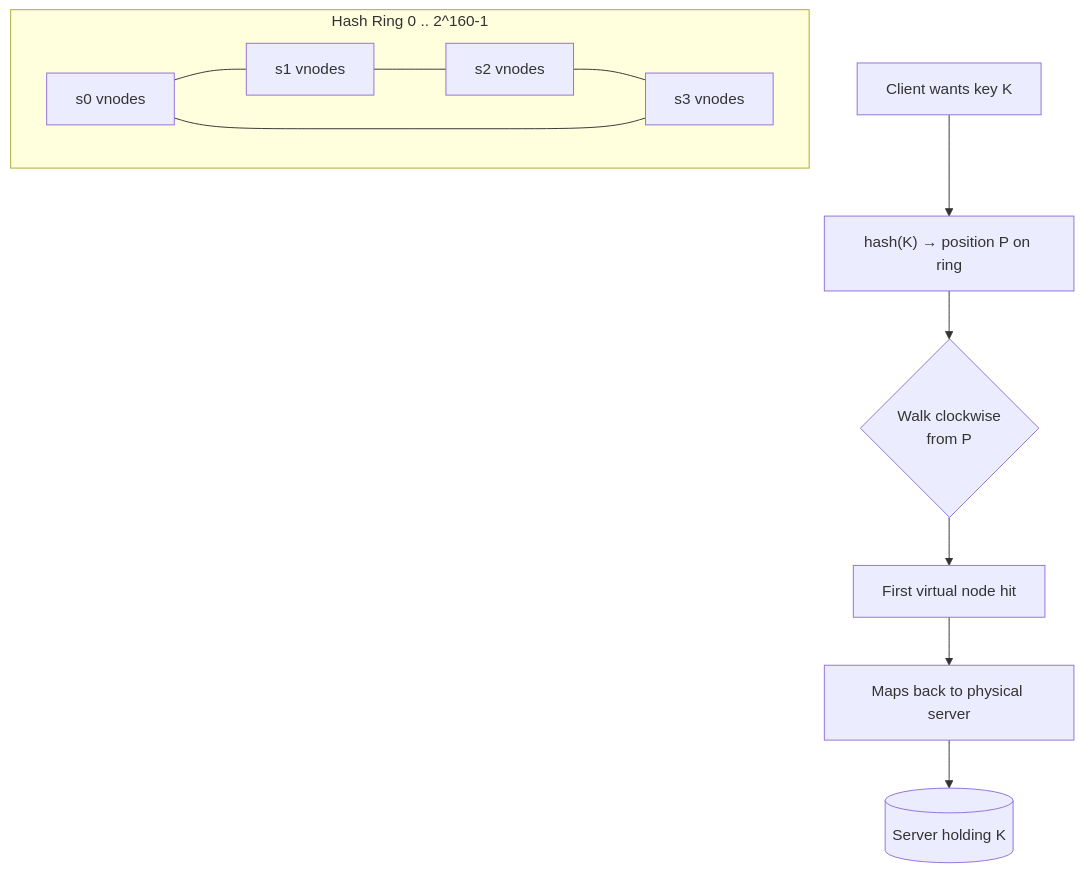
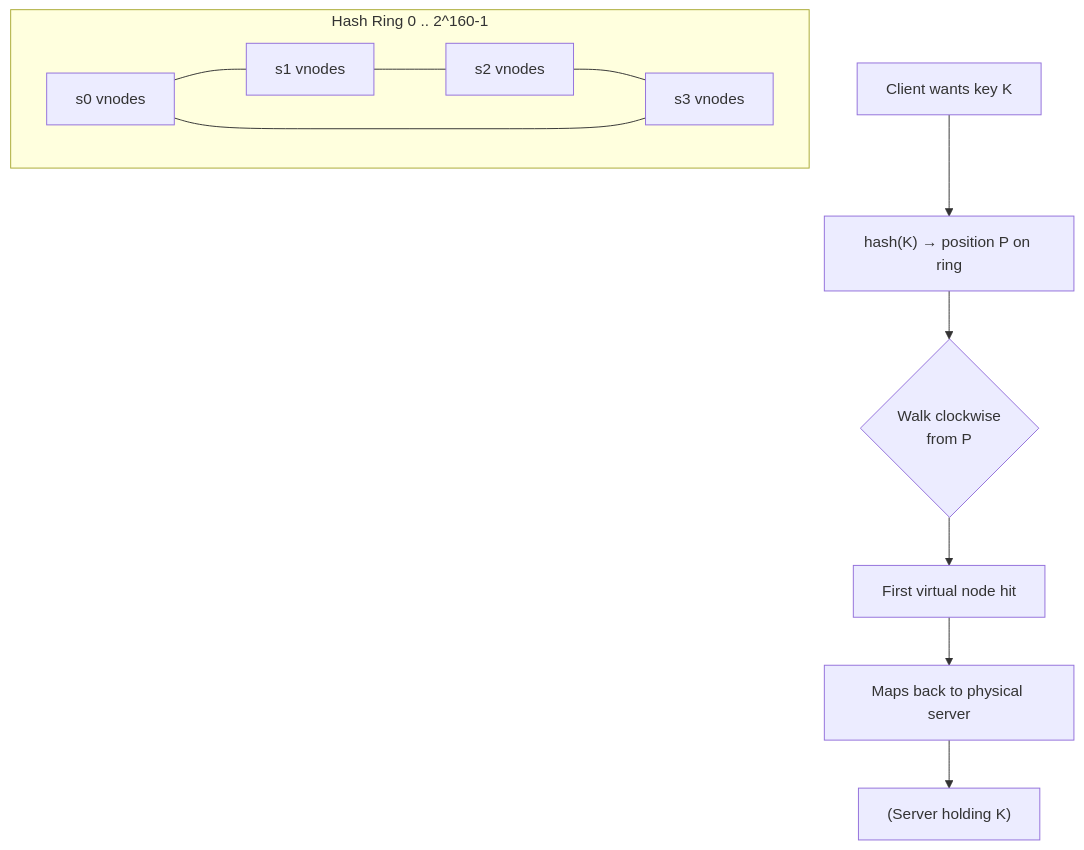
Before and after one commit to pankajThakur1874/studysheet: the first of 4 diagrams in files/System-Design-Questions/18-consistent_hashing_system_design.md, drawn with Mermaid. The commit also changed 102 other files, not shown here.

Commit message:
Auto-fix Mermaid diagram syntax across all study guides to prevent Syntax Error in Mermaid v10

````diff
--- a/files/System-Design-Questions/18-consistent_hashing_system_design.md
+++ b/files/System-Design-Questions/18-consistent_hashing_system_design.md
@@ -150,13 +150,13 @@
 ```mermaid
 flowchart TD
     C[Client wants key K] --> H["hash(K) → position P on ring"]
-    H --> R{Walk clockwise<br/>from P}
+    H --> R{"Walk clockwise<br/>from P"}
     R --> VN[First virtual node hit]
     VN --> PS[Maps back to physical server]
-    PS --> DATA[(Server holding K)]
+    PS --> DATA["(Server holding K)"]
 
     subgraph Ring [Hash Ring 0 .. 2^160-1]
       direction LR
       A[s0 vnodes] --- B[s1 vnodes] --- Cc[s2 vnodes] --- D[s3 vnodes] --- A
     end
 ```
````
